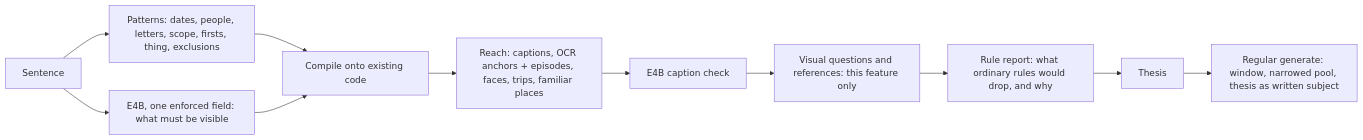
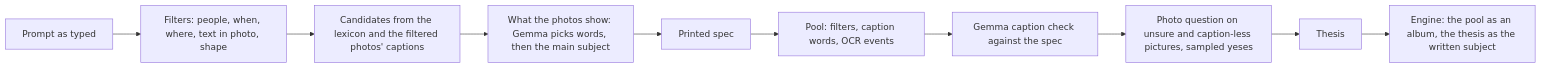
One commit to sam-dumont/immich-memories changed the diagram in docs/designs/free-text-memories.md. Above: the diagram before and after it, drawn with Mermaid. The commit also changed other lines of this file, not shown here.

Commit message:
docs(experiment): free-text plan brought up to the 09-28 rulings, the spec and bad-result reports

````diff
--- a/docs/designs/free-text-memories.md
+++ b/docs/designs/free-text-memories.md
@@ -76,13 +90,12 @@
 ```mermaid
 flowchart LR
-  S[Sentence] --> P[Patterns: dates, people, letters, scope, firsts, thing, exclusions]
-  S --> M[E4B, one enforced field: what must be visible]
-  P --> C[Compile onto existing code]
-  M --> C
-  C --> R[Reach: captions, OCR anchors + episodes, faces, trips, familiar places]
-  R --> J[E4B caption check]
-  J --> V[Visual questions and references: this feature only]
-  V --> B[Rule report: what ordinary rules would drop, and why]
-  B --> T[Thesis]
-  T --> G[Regular generate: window, narrowed pool, thesis as written subject]
+  S[Prompt as typed] --> F[Filters: people, when, where, text in photo, shape]
+  F --> C[Candidates from the lexicon and the filtered photos' captions]
+  C --> W[What the photos show: Gemma picks words, then the main subject]
+  W --> K[Printed spec]
+  K --> P[Pool: filters, caption words, OCR events]
+  P --> J[Gemma caption check against the spec]
+  J --> V[Photo question on unsure and caption-less pictures, sampled yeses]
+  V --> T[Thesis]
+  T --> G[Engine: the pool as an album, the thesis as the written subject]
 ```
````
